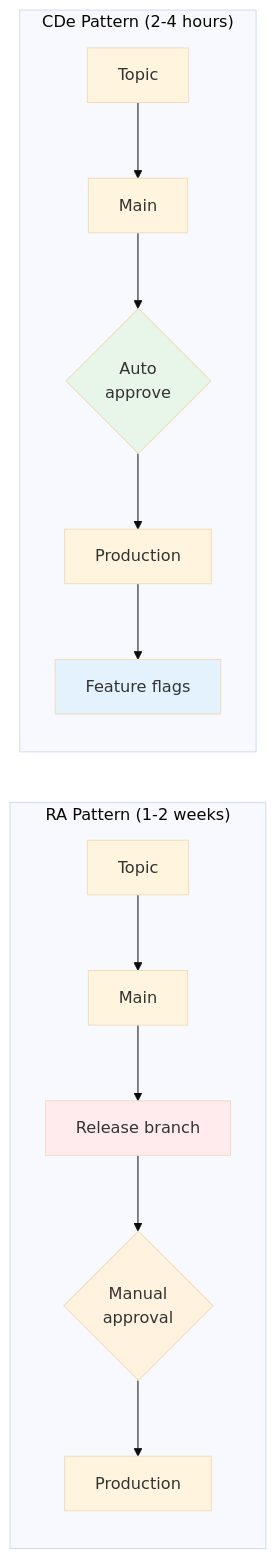
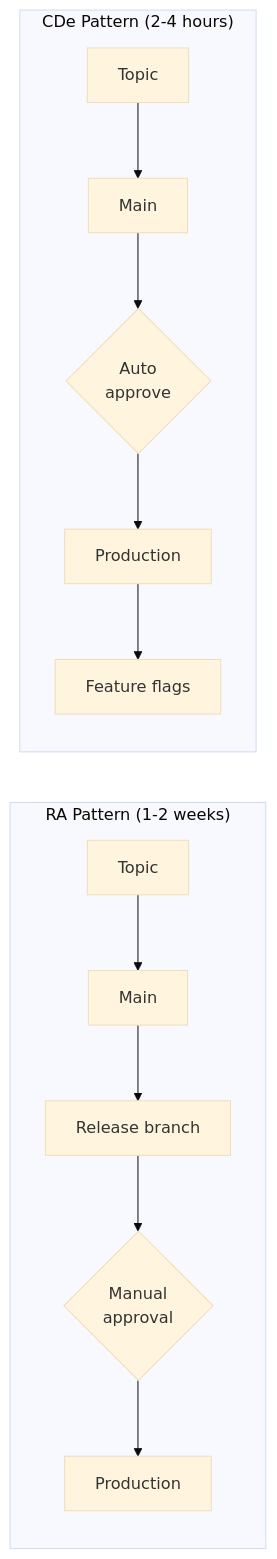
The eighth of 8 diagrams in docs/explanation/continuous-delivery/workflow/branching-strategies.md (ready-to-release/eac), drawn with Mermaid (base theme) before and after one commit. The commit also changed other lines of this file and 28 other files, not shown here.

````diff
--- a/docs/explanation/continuous-delivery/workflow/branching-strategies.md
+++ b/docs/explanation/continuous-delivery/workflow/branching-strategies.md
@@ -658,21 +627,17 @@
 ```mermaid
 flowchart LR
     subgraph RA["RA Pattern (1-2 weeks)"]
         RA_Topic[Topic] --> RA_Main[Main]
         RA_Main --> RA_Release[Release branch]
         RA_Release --> RA_Approval{Manual<br/>approval}
         RA_Approval --> RA_Prod[Production]
     end
 
     subgraph CDe["CDe Pattern (2-4 hours)"]
         CDe_Topic[Topic] --> CDe_Main[Main]
         CDe_Main --> CDe_Auto{Auto<br/>approve}
         CDe_Auto --> CDe_Prod[Production]
         CDe_Prod --> CDe_Flags[Feature flags]
     end
 
-    style RA_Approval fill:#fff3e0
-    style RA_Release fill:#ffebee
-    style CDe_Auto fill:#e8f5e9
-    style CDe_Flags fill:#e3f2fd
 ```
````
